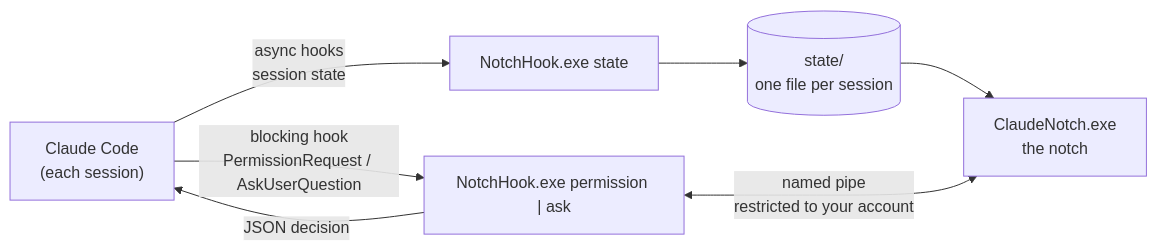
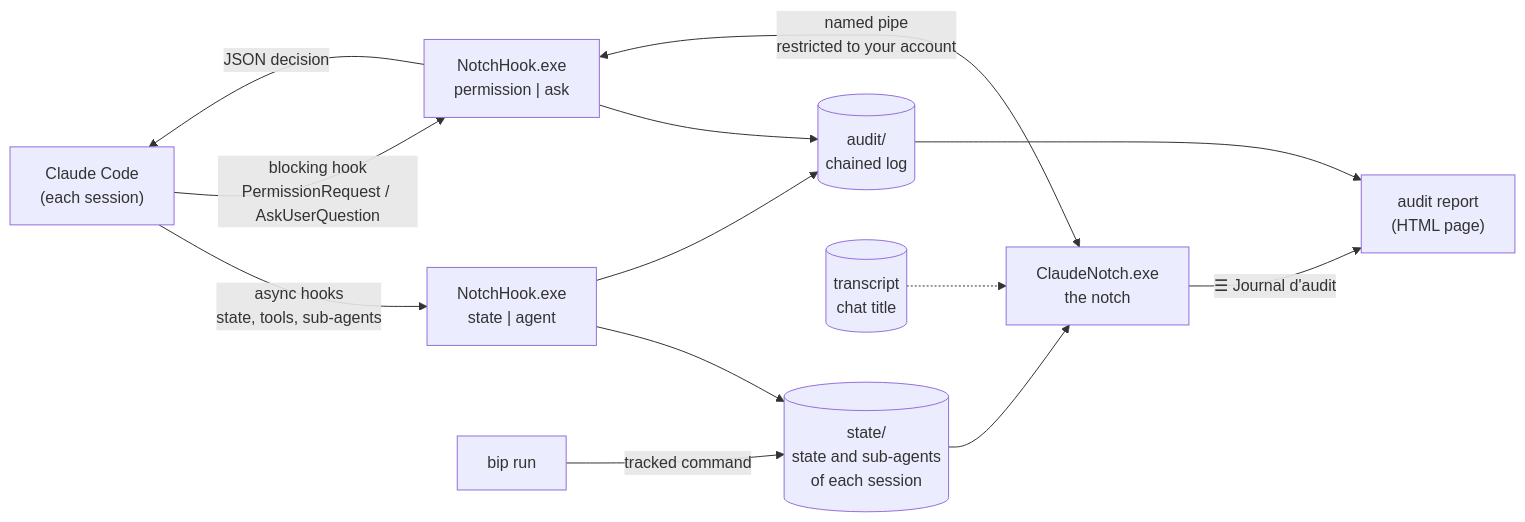
The second of 2 diagrams in README.md (CR0ZER/bip), drawn with Mermaid before and after one commit. The commit also changed other lines of this file and 24 other files, not shown here.

First line of the commit message:
v0.3.0 : sous-agents, titre des sessions, récap de fin de tour, rapport d'audit par agent

````diff
--- a/README.md
+++ b/README.md
@@ -392,9 +496,15 @@
 ```mermaid
 flowchart LR
-    CC["Claude Code<br/>(each session)"] -- "async hooks<br/>session state" --> H1["NotchHook.exe state"]
-    H1 --> ST[("state/<br/>one file per session")]
+    CC["Claude Code<br/>(each session)"] -- "async hooks<br/>state, tools, sub-agents" --> H1["NotchHook.exe<br/>state | agent"]
+    CC -- "blocking hook<br/>PermissionRequest / AskUserQuestion" --> H2["NotchHook.exe<br/>permission | ask"]
+    BR["bip run"] -- "tracked command" --> ST
+    H1 --> ST[("state/<br/>state and sub-agents<br/>of each session")]
+    H1 --> AU[("audit/<br/>chained log")]
+    H2 --> AU
+    TR[("transcript<br/>chat title")] -.-> N
     ST --> N["ClaudeNotch.exe<br/>the notch"]
-    CC -- "blocking hook<br/>PermissionRequest / AskUserQuestion" --> H2["NotchHook.exe permission | ask"]
     H2 <-- "named pipe<br/>restricted to your account" --> N
     H2 -- "JSON decision" --> CC
+    AU --> RP["audit report<br/>(HTML page)"]
+    N -- "☰ Journal d'audit" --> RP
 ```
````
